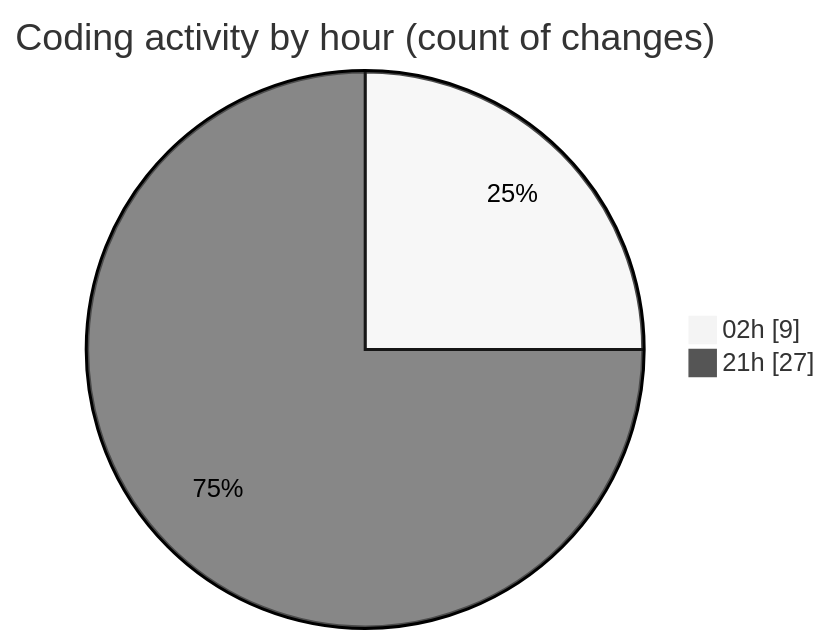
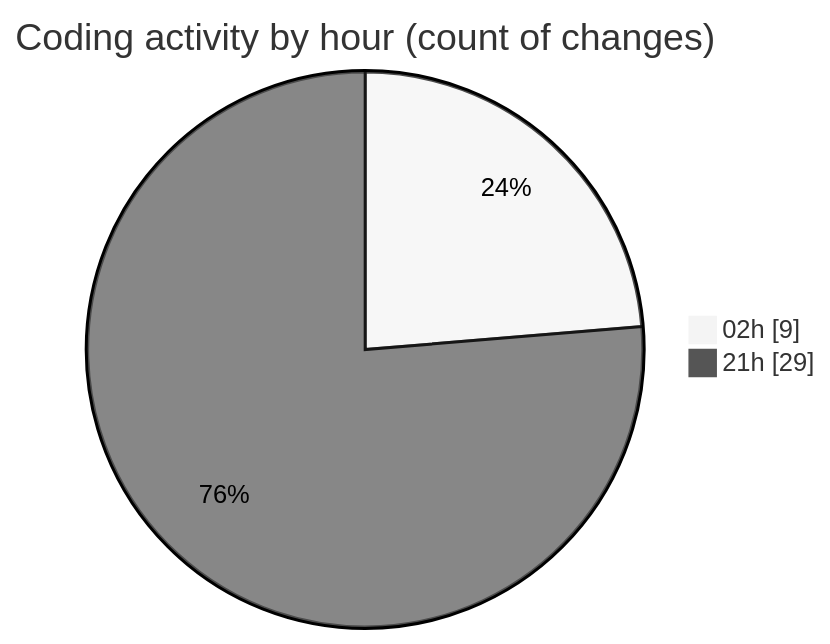
One commit to hasnaa123/code-tracking changed the second of 2 diagrams in 2026-02-22/student_performance_system/README.md. Above: the diagram before and after it, drawn with Mermaid (neutral theme). The commit also changed other lines of this file and 1 other file, not shown here.

````diff
--- a/2026-02-22/student_performance_system/README.md
+++ b/2026-02-22/student_performance_system/README.md
@@ -28,6 +28,6 @@
 ```mermaid
 pie showData
 title Coding activity by hour (count of changes)
 "02h" : 9
-"21h" : 27
+"21h" : 29
 ```
````
